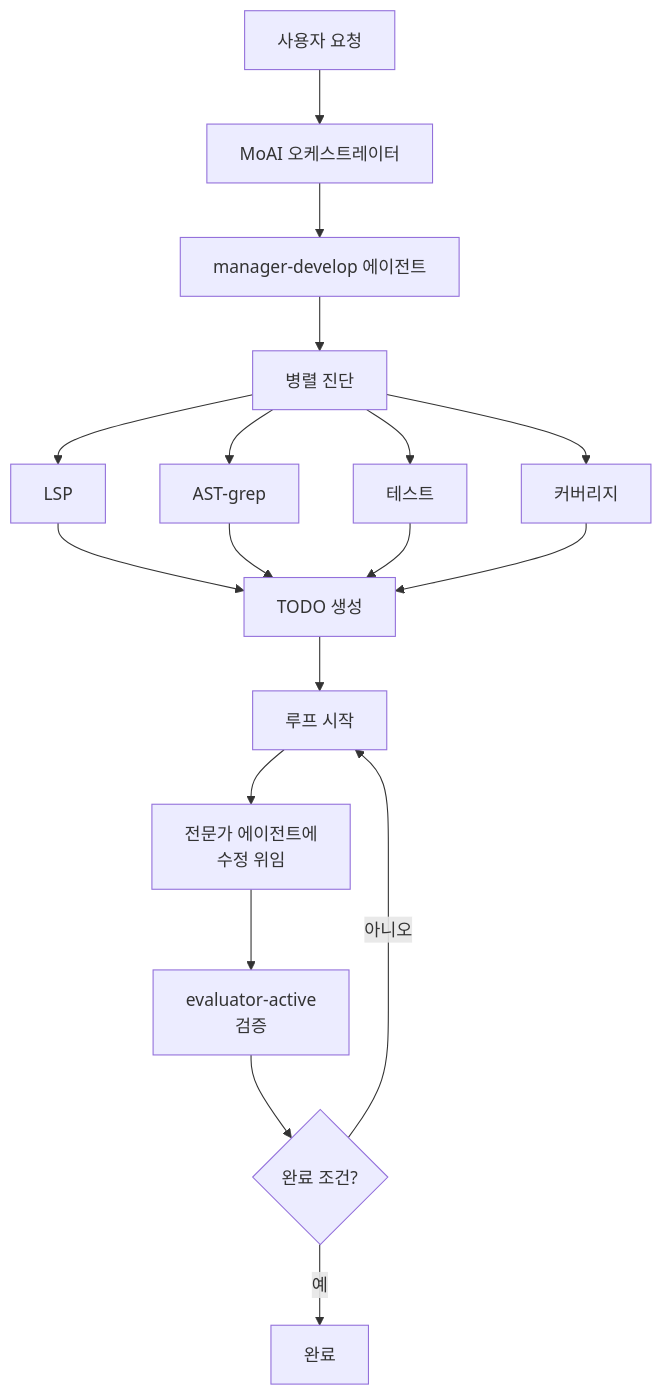
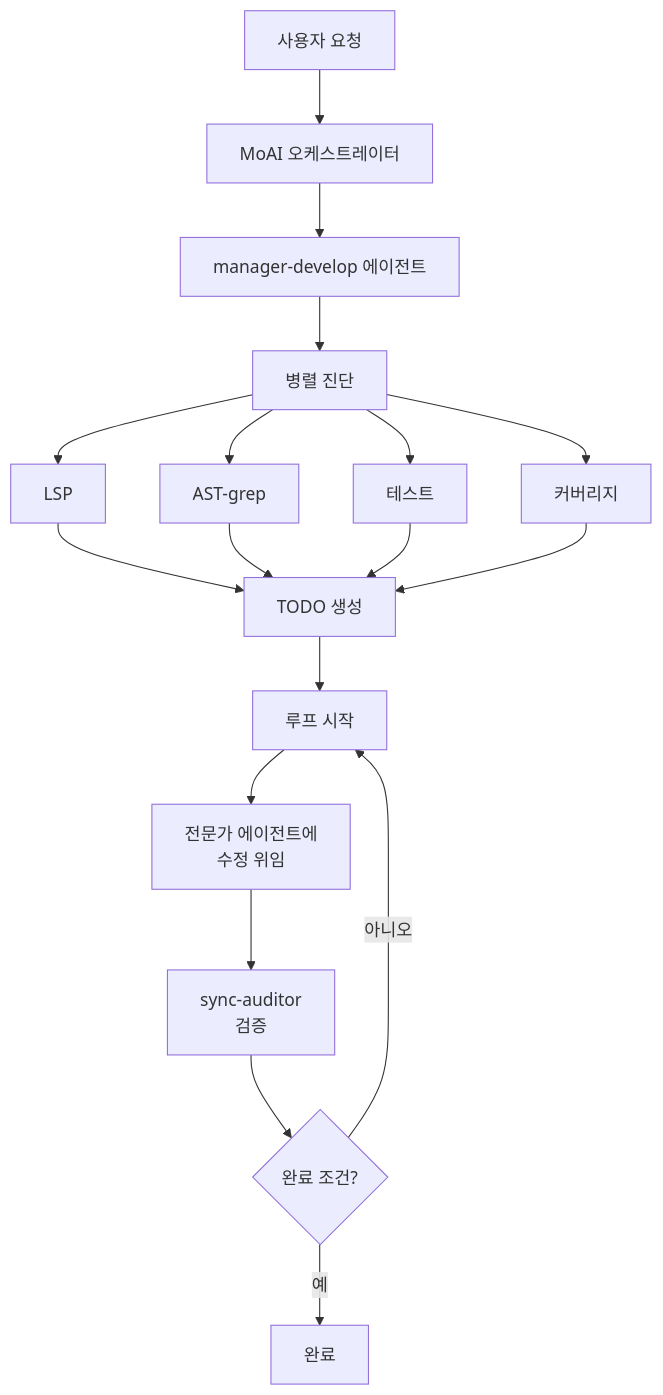
The fourth of 4 diagrams in docs-site/content/ko/utility-commands/moai-loop.md (modu-ai/moai-adk), drawn with Mermaid before and after one commit. The commit also changed other lines of this file and 149 other files, not shown here.

First line of the commit message:
chore(agents): evaluator-active를 sync-auditor로 rename (plan-auditor phase 대칭)

````diff
--- a/docs-site/content/ko/utility-commands/moai-loop.md
+++ b/docs-site/content/ko/utility-commands/moai-loop.md
@@ -213,25 +213,25 @@
 ```mermaid
 flowchart TD
     User["사용자 요청"] --> Orchestrator["MoAI 오케스트레이터"]
     Orchestrator --> ManagerDDD["manager-develop 에이전트"]
 
     ManagerDDD --> Diagnose["병렬 진단"]
     Diagnose --> LSP["LSP"]
     Diagnose --> AST["AST-grep"]
     Diagnose --> Test["테스트"]
     Diagnose --> Cov["커버리지"]
 
     LSP --> Todo["TODO 생성"]
     AST --> Todo
     Test --> Todo
     Cov --> Todo
 
     Todo --> Loop["루프 시작"]
 
     Loop --> Fix["전문가 에이전트에<br/>수정 위임"]
-    Fix --> Verify["evaluator-active<br/>검증"]
+    Fix --> Verify["sync-auditor<br/>검증"]
 
     Verify --> Complete{"완료 조건?"}
     Complete -->|아니오| Loop
     Complete -->|예| Done["완료"]
 ```
````
